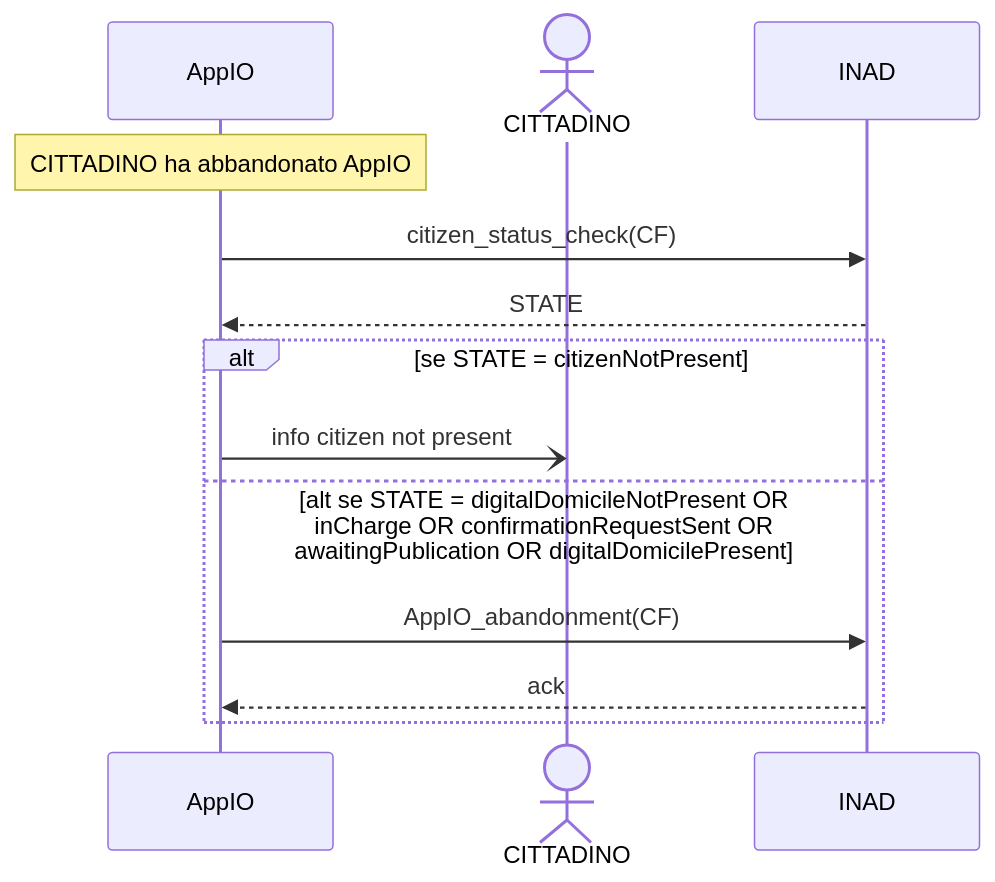
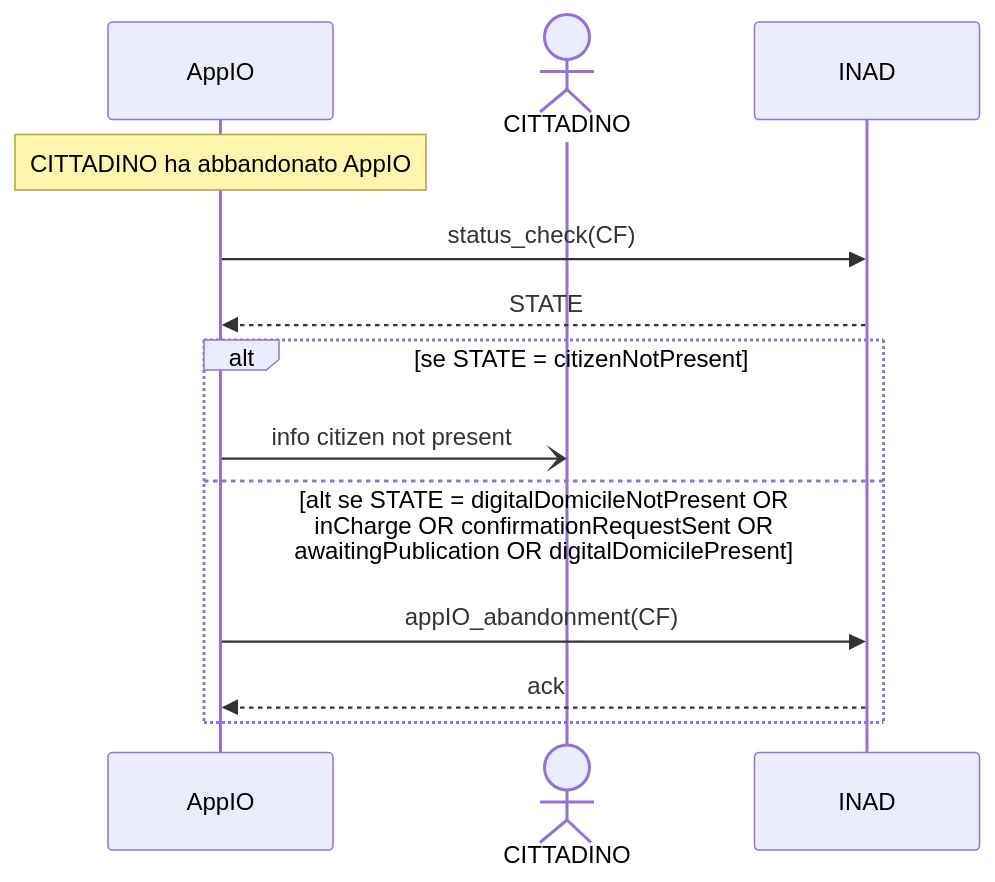
The diagram in mermind/UC014.md (ioggstream/verify_integration_INAD_with_ANPR-IO), drawn with Mermaid before and after one commit. The commit also changed 11 other files, not shown here.

````diff
--- a/mermind/UC014.md
+++ b/mermind/UC014.md
@@ -3,22 +3,22 @@
 ```mermaid
 sequenceDiagram
   participant A as AppIO
   actor C as CITTADINO
   participant I as INAD
 
   Note over A: CITTADINO ha abbandonato AppIO
 
-  A ->> I: citizen_status_check(CF)
+  A ->> I: status_check(CF)
   I -->> A: STATE
 
   alt se STATE = citizenNotPresent 
     A -) C: info citizen not present
 
   else alt se STATE = digitalDomicileNotPresent OR inCharge OR confirmationRequestSent OR awaitingPublication OR digitalDomicilePresent
    
-   A ->> I: AppIO_abandonment(CF)
+   A ->> I: appIO_abandonment(CF)
    I -->>A: ack
 
   end
 
   ```
````
